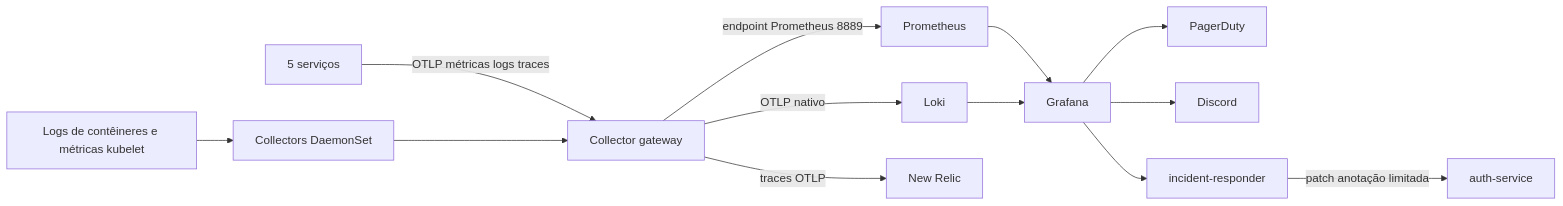
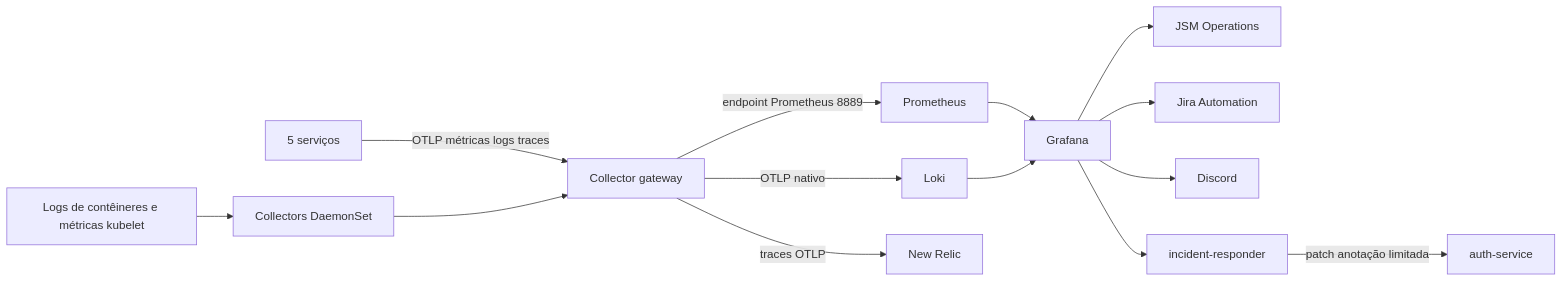
One commit to Marcelo6arcia/togglemaster-gitops-fase-4 changed the diagram in README.md. Above: the diagram before and after it, drawn with Mermaid. The commit also changed other lines of this file and 4 other files, not shown here.

Commit message:
feat: integra Jira Service Management ao Grafana

````diff
--- a/README.md
+++ b/README.md
@@ -19,15 +19,16 @@
 ```mermaid
 flowchart LR
     Apps[5 serviços] -->|OTLP métricas logs traces| OTel[Collector gateway]
     Nodes[Logs de contêineres e métricas kubelet] --> Agents[Collectors DaemonSet]
     Agents --> OTel
     OTel -->|endpoint Prometheus 8889| Prom[Prometheus]
     OTel -->|OTLP nativo| Loki[Loki]
     OTel -->|traces OTLP| APM[New Relic]
     Prom --> Grafana
     Loki --> Grafana
-    Grafana --> PD[PagerDuty]
+    Grafana --> Ops[JSM Operations]
+    Grafana --> Jira[Jira Automation]
     Grafana --> Discord
     Grafana --> Runbook[incident-responder]
     Runbook -->|patch anotação limitada| Auth[auth-service]
 ```
````
